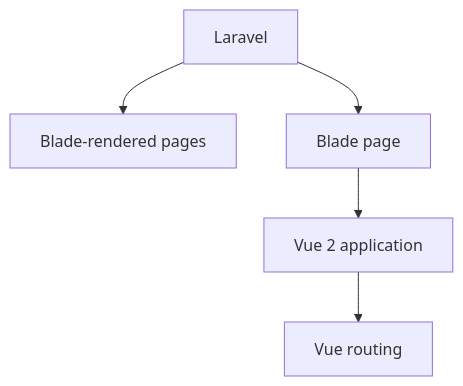
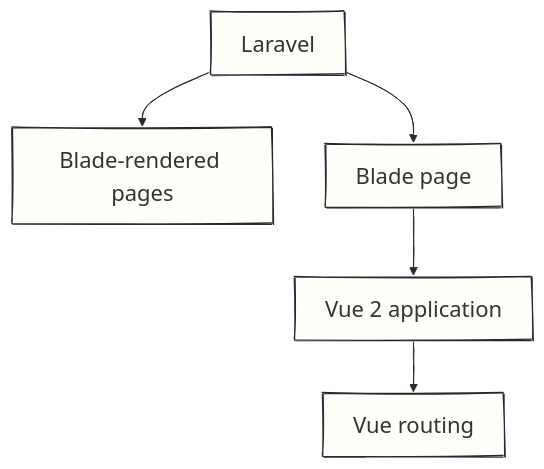
The first of 5 diagrams in slides.md (b0ul17/real-world-rewrite), drawn with Mermaid before and after one commit. The commit also changed other lines of this file and 11 other files, not shown here.

````diff
--- a/slides.md
+++ b/slides.md
@@ -78,7 +80,22 @@
 ```mermaid
+---
+config:
+  look: handDrawn
+  handDrawnSeed: 42
+  fontFamily: Patrick Hand
+  themeVariables:
+    fontFamily: Patrick Hand
+    fontSize: 22px
+    primaryColor: '#fffef8'
+    primaryTextColor: '#242b30'
+    primaryBorderColor: '#242b30'
+    mainBkg: '#fffef8'
+    nodeBorder: '#242b30'
+    lineColor: '#242b30'
+---
 flowchart TD
     A[Laravel] --> B[Blade-rendered pages]
     A --> C[Blade page]
     C --> D[Vue 2 application]
     D --> E[Vue routing]
 ```
````
